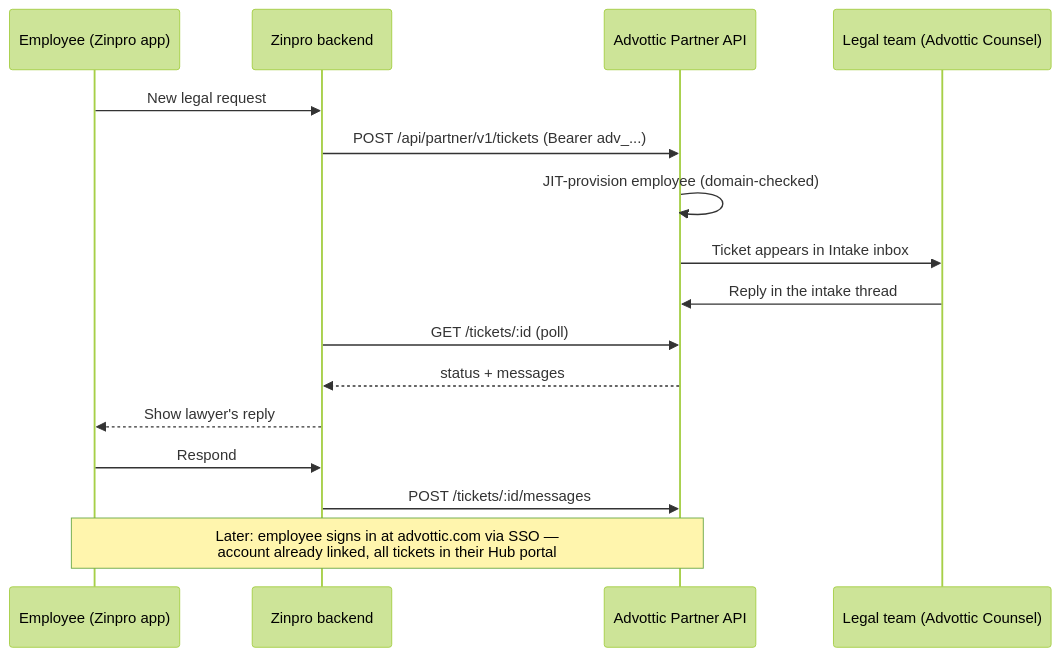
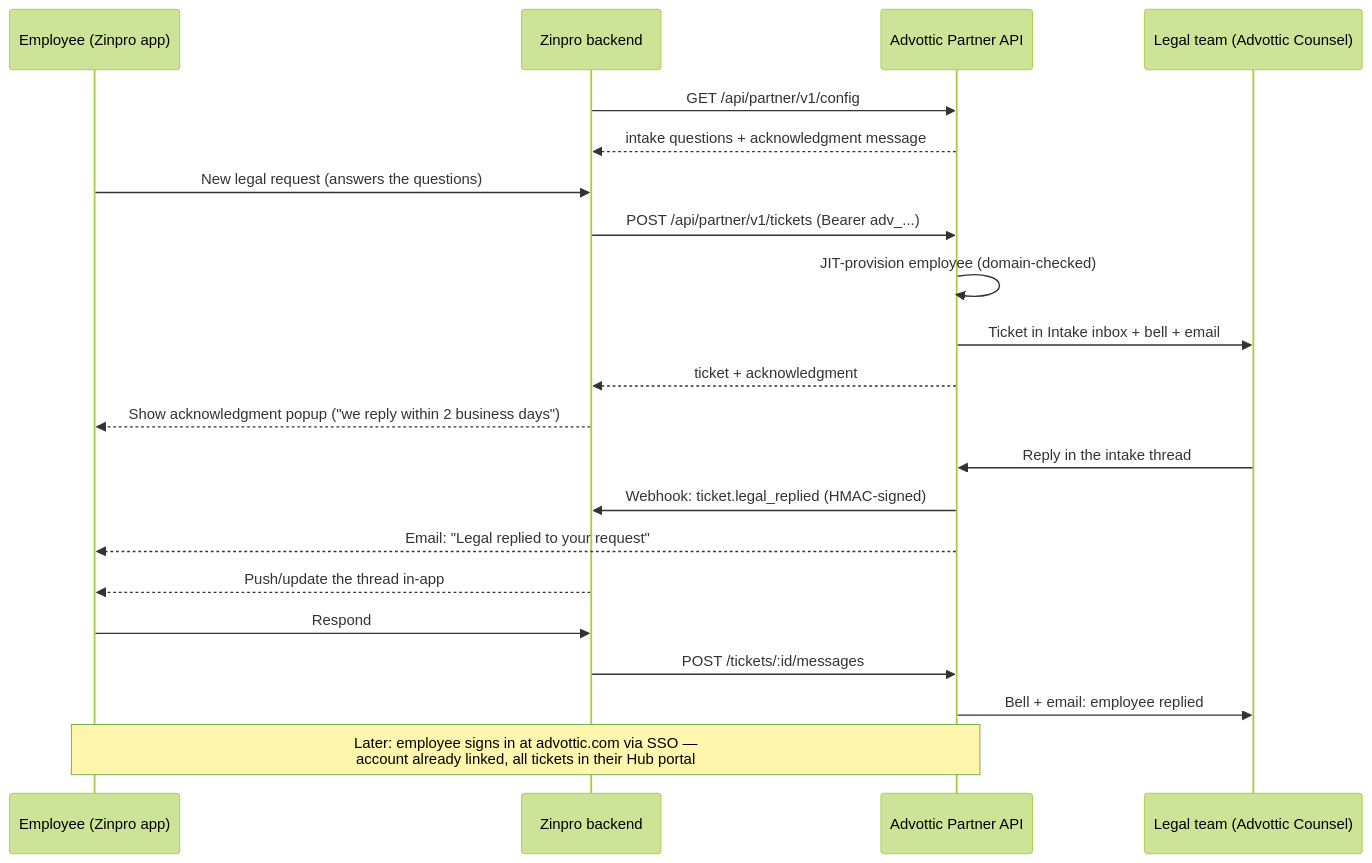
The diagram in docs/ZINPRO_INTEGRATION.md (TechnoOptics/CounselOptics), drawn with Mermaid (forest theme) before and after one commit. The commit also changed other lines of this file and 14 other files, not shown here.

First line of the commit message:
Zinpro partner integration v2: notifications, webhooks, questions, ack, reminders

````diff
--- a/docs/ZINPRO_INTEGRATION.md
+++ b/docs/ZINPRO_INTEGRATION.md
@@ -21,18 +27,23 @@
 ```mermaid
 sequenceDiagram
     participant E as Employee (Zinpro app)
     participant Z as Zinpro backend
     participant A as Advottic Partner API
     participant L as Legal team (Advottic Counsel)
-    E->>Z: New legal request
+    Z->>A: GET /api/partner/v1/config
+    A-->>Z: intake questions + acknowledgment message
+    E->>Z: New legal request (answers the questions)
     Z->>A: POST /api/partner/v1/tickets (Bearer adv_...)
     A->>A: JIT-provision employee (domain-checked)
-    A->>L: Ticket appears in Intake inbox
+    A->>L: Ticket in Intake inbox + bell + email
+    A-->>Z: ticket + acknowledgment
+    Z-->>E: Show acknowledgment popup ("we reply within 2 business days")
     L->>A: Reply in the intake thread
-    Z->>A: GET /tickets/:id (poll)
-    A-->>Z: status + messages
-    Z-->>E: Show lawyer's reply
+    A->>Z: Webhook: ticket.legal_replied (HMAC-signed)
+    A-->>E: Email: "Legal replied to your request"
+    Z-->>E: Push/update the thread in-app
     E->>Z: Respond
     Z->>A: POST /tickets/:id/messages
+    A->>L: Bell + email: employee replied
     Note over E,A: Later: employee signs in at advottic.com via SSO —<br/>account already linked, all tickets in their Hub portal
 ```
````
